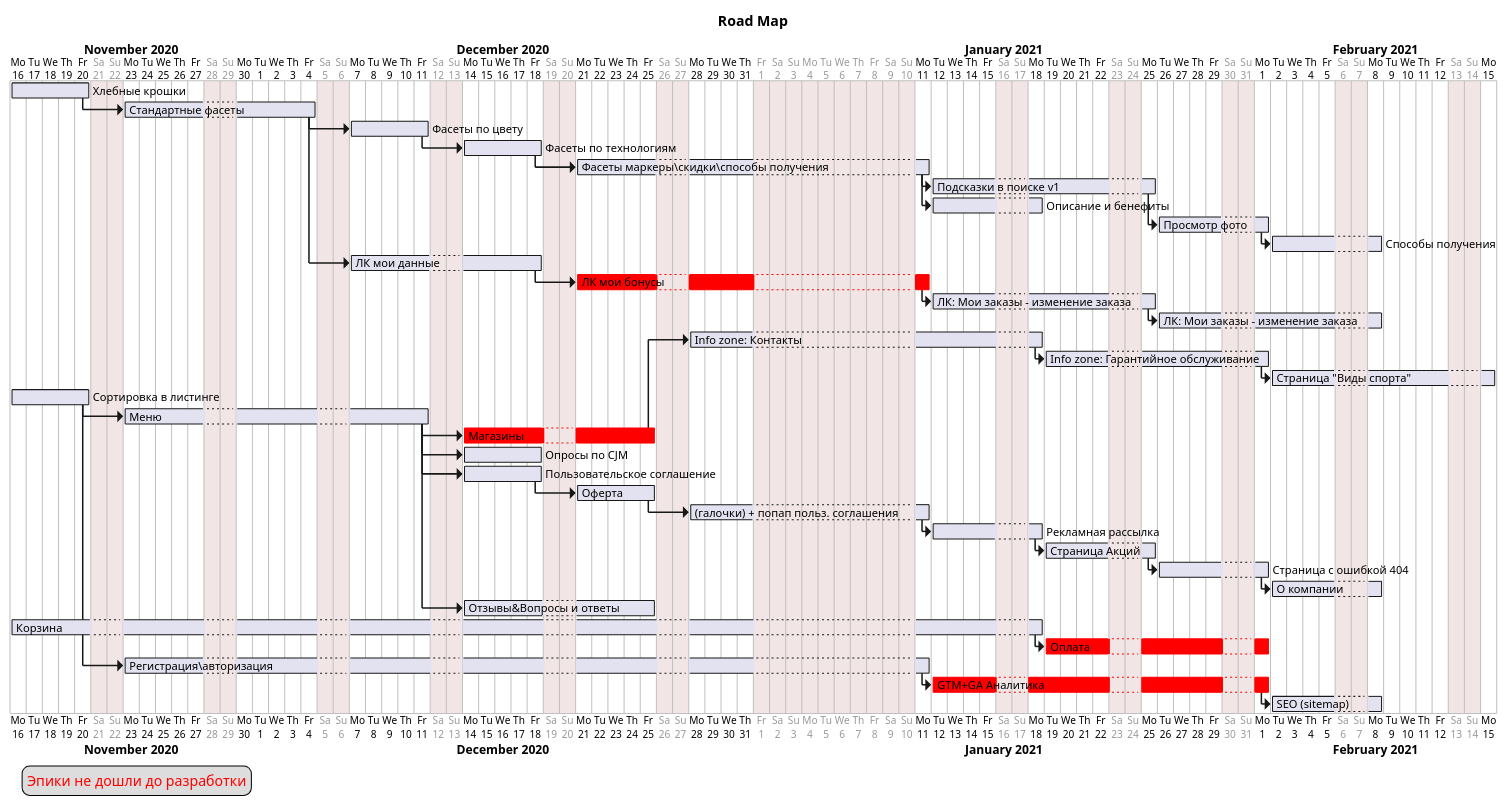
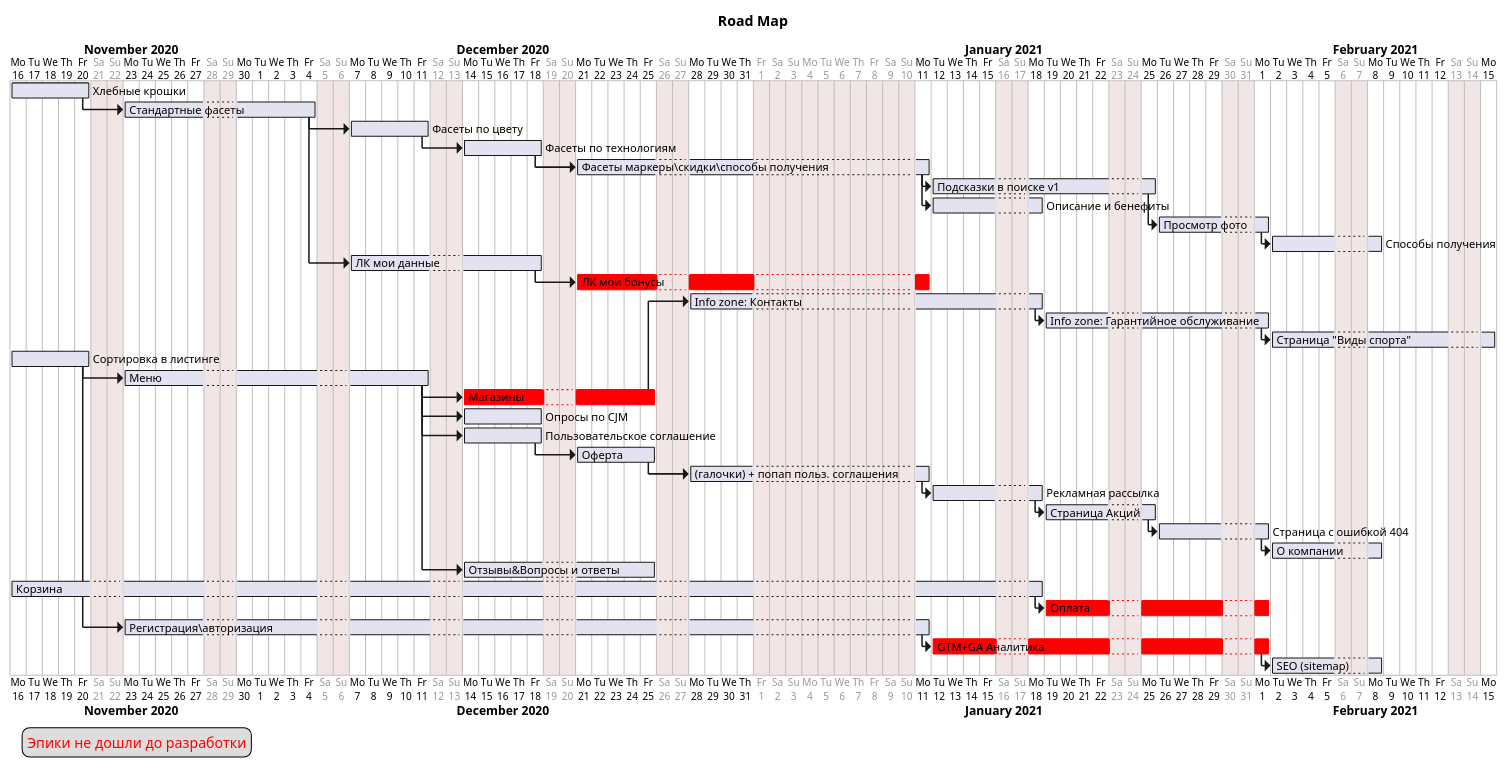
The diagram in roadMap.puml (ViKt0R-K/plantuml), drawn with PlantUML before and after one commit.

Commit message:
удалил личные задачи

```diff
--- a/roadMap.puml
+++ b/roadMap.puml
@@ -1,97 +1,95 @@
 @startgantt
 
 title Road Map
 
 project starts the 2020/11/16
 saturday are closed
 sunday are closed
 '2020/12/09 is closed
 2021/01/01 to 2021/01/10 is closed
 
 [Хлебные крошки] as [categoryBranch] lasts 1 week
 [Стандартные фасеты] as [fasets] lasts 2 week
 [Фасеты по цвету] as [fasetsC] lasts 1 week
 [Фасеты по технологиям] as [fasetsT] lasts 1 week
 [Фасеты маркеры\скидки\способы получения] as [fasetsH] lasts 2 week
 [Подсказки в поиске v1] as [search] lasts 2 week
 [Описание и бенефиты] as [benifits] lasts 1 week
 [Просмотр фото] as [photo] lasts 1 week
 [Способы получения] as [shipment] lasts 1 week
 
 [ЛК мои данные] as [userHome] lasts 2 week
 [ЛК мои бонусы] as [userBonus] lasts 2 week
-[ЛК: Мои заказы - изменение заказа] as [order] lasts 2 week
-[ЛК: Мои заказы - изменение заказа] as [change_order] lasts 2 week
+'[ЛК: Мои заказы - изменение заказа] as [order] lasts 2 week
 
 [Info zone: Контакты] as [Info_zone_K] lasts 2 week
 [Info zone: Гарантийное обслуживание​] as [Info_zone_G] lasts 2 week
 [Страница "Виды спорта"] as [sports] lasts 2 week
 
 [Сортировка в листинге] as [sort] lasts 1 week
 [Меню] as [menu] lasts 3 week
 [Магазины] as [store] lasts 2 week
 [Опросы по CJM] as [cjm] lasts 1 week
 [Пользовательское соглашение] as [privacy] lasts 1 week
 [Оферта] as [oferta] lasts 1 week
 [(галочки) + попап польз. соглашения] as [privacyPopUp] lasts 1 week
 [Рекламная рассылка] as [promo] lasts 1 week
 [Страница Акций] as [action] lasts 1 week
 [Страница с ошибкой 404] as [404] lasts 1 week
 [О компании] as [about] lasts 1 week
 
 [Отзывы&Вопросы и ответы] as [ot_kt] lasts 2 week
 
 [Корзина] as [cart] lasts 8 week
 [Оплата] as [checkout] lasts 2 week
 
 [Регистрация\авторизация] as [auth] lasts 6 week
 [GTM+GA Аналитика] as [gtmGa] lasts 3 week
 [SEO (sitemap)] as [seo] lasts 1 week
 
 [store] is colored in red
 [userBonus] is colored in red
 [gtmGa] is colored in red
 [checkout] is colored in red
 
 [categoryBranch]->[fasets]
 [fasets]->[fasetsC]
 [fasetsC]->[fasetsT]
 [fasetsT]->[fasetsH]
 [fasetsH]->[search]
 [search]->[photo]
 [photo]->[shipment]
 [fasetsH]->[benifits]
 
 [fasets]->[userHome]
 [userHome]->[userBonus]
-[userBonus]->[order]
-[order]->[change_order]
+
 
 [sort]->[menu]
 [menu]->[store]
 [store]->[Info_zone_K]
 [Info_zone_K]->[Info_zone_G]
 [Info_zone_G]->[sports]
 
 [menu]->[cjm]
 [menu]->[privacy]
 [privacy]->[oferta]
 [oferta]->[privacyPopUp]
 [privacyPopUp]-> [promo]
 [promo]-> [action]
 [action]-> [404]
 [404]-> [about]
 
 [menu]->[ot_kt]
 
 [cart]->[checkout]
 
 [sort]->[auth]
 [auth]->[gtmGa]
 [gtmGa]->[seo]
 
 legend left
 <font color=red>Эпики не дошли до разработки</font>
 endlegend
 
 @endgantt
```
